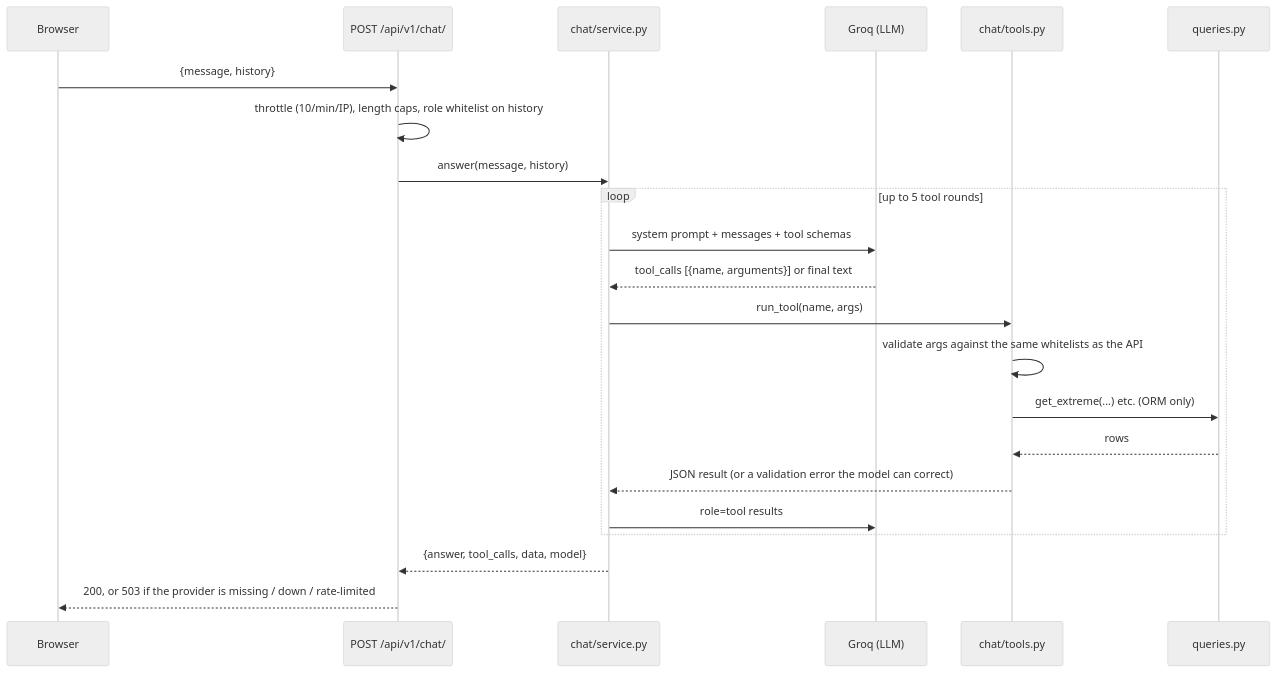
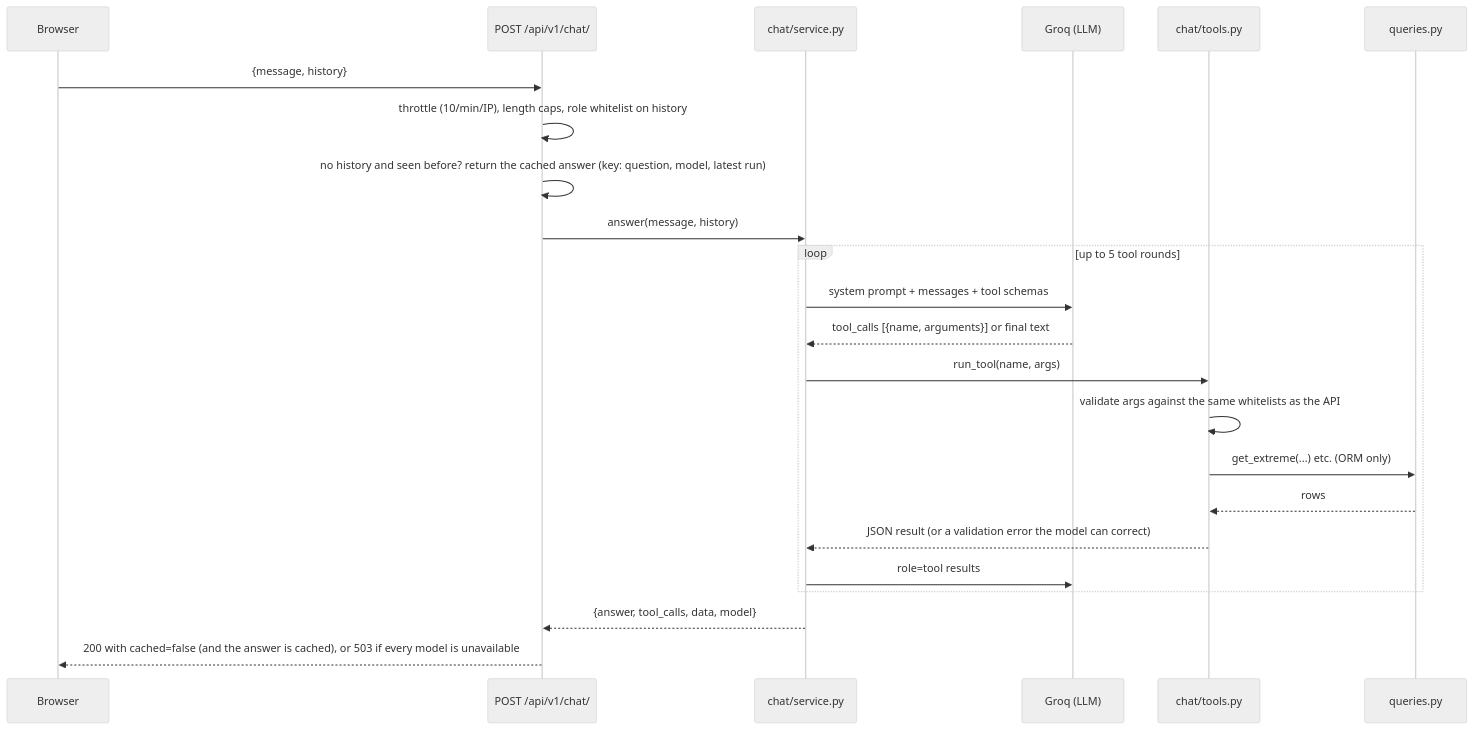
One commit to kumarswamyg2005/uk-climate-insights changed the fourth of 6 diagrams in docs/ARCHITECTURE.md. Above: the diagram before and after it, drawn with Mermaid (neutral theme). The commit also changed other lines of this file and 2 other files, not shown here.

First line of the commit message:
docs: architecture, testing and walkthrough match the current system

````diff
--- a/docs/ARCHITECTURE.md
+++ b/docs/ARCHITECTURE.md
@@ -140,25 +142,26 @@
 ```mermaid
 sequenceDiagram
     participant B as Browser
     participant V as POST /api/v1/chat/
     participant S as chat/service.py
     participant L as Groq (LLM)
     participant T as chat/tools.py
     participant Q as queries.py
 
     B->>V: {message, history}
     V->>V: throttle (10/min/IP), length caps, role whitelist on history
+    V->>V: no history and seen before? return the cached answer (key: question, model, latest run)
     V->>S: answer(message, history)
     loop up to 5 tool rounds
         S->>L: system prompt + messages + tool schemas
         L-->>S: tool_calls [{name, arguments}] or final text
         S->>T: run_tool(name, args)
         T->>T: validate args against the same whitelists as the API
         T->>Q: get_extreme(...) etc. (ORM only)
         Q-->>T: rows
         T-->>S: JSON result (or a validation error the model can correct)
         S->>L: role=tool results
     end
     S-->>V: {answer, tool_calls, data, model}
-    V-->>B: 200, or 503 if the provider is missing / down / rate-limited
+    V-->>B: 200 with cached=false (and the answer is cached), or 503 if every model is unavailable
 ```
````
